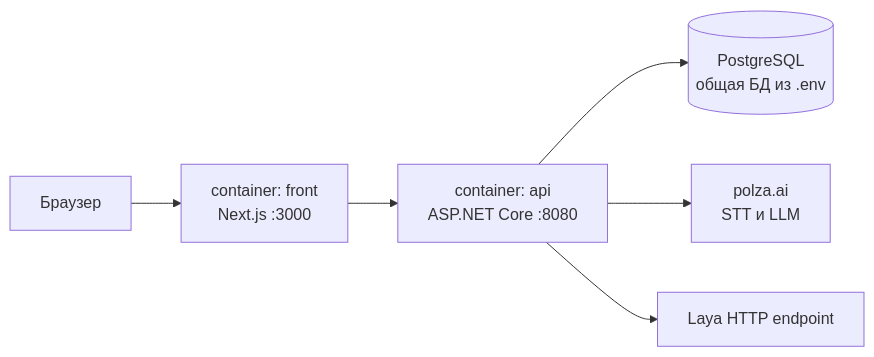
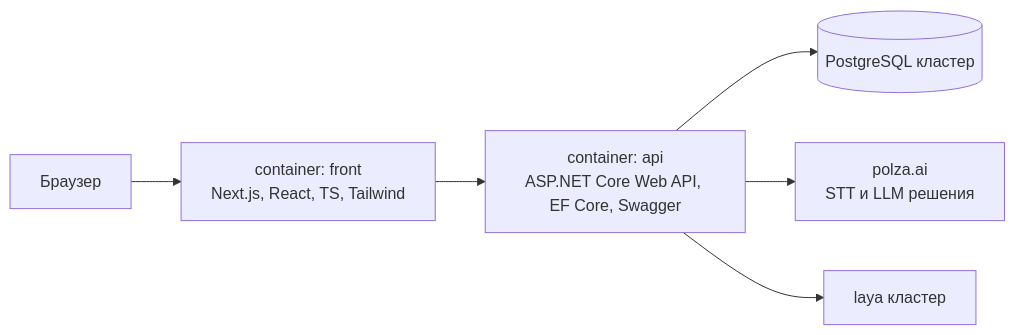
The fifth of 5 diagrams in docs/architecture.md (MolinRE/TurboSquadApp), drawn with Mermaid before and after one commit. The commit also changed 1 other file, not shown here.

Commit message:
Поправил архитектуру

````diff
--- a/docs/architecture.md
+++ b/docs/architecture.md
@@ -238,8 +238,8 @@
 ```mermaid
 flowchart LR
-    Browser[Браузер] --> Front[container: front\nNext.js :3000]
-    Front --> Api[container: api\nASP.NET Core :8080]
-    Api --> Pg[(PostgreSQL\nобщая БД из .env)]
-    Api --> Polza[polza.ai\nSTT и LLM]
-    Api --> Laya[Laya HTTP endpoint]
+    Browser[Браузер] --> Front[container: front\nNext.js, React, TS, Tailwind]
+    Front --> Api[container: api\nASP.NET Core Web API, EF Core, Swagger]
+    Api --> Pg[(PostgreSQL кластер)]
+    Api --> Polza[polza.ai\nSTT и LLM решения]
+    Api --> Laya[laya кластер]
 ```
````
